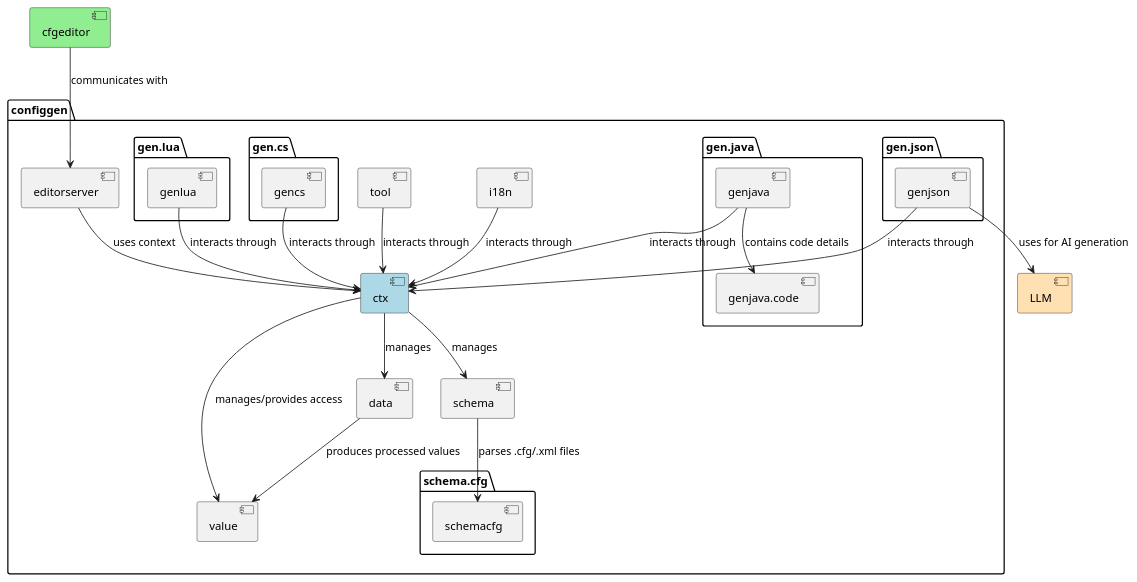
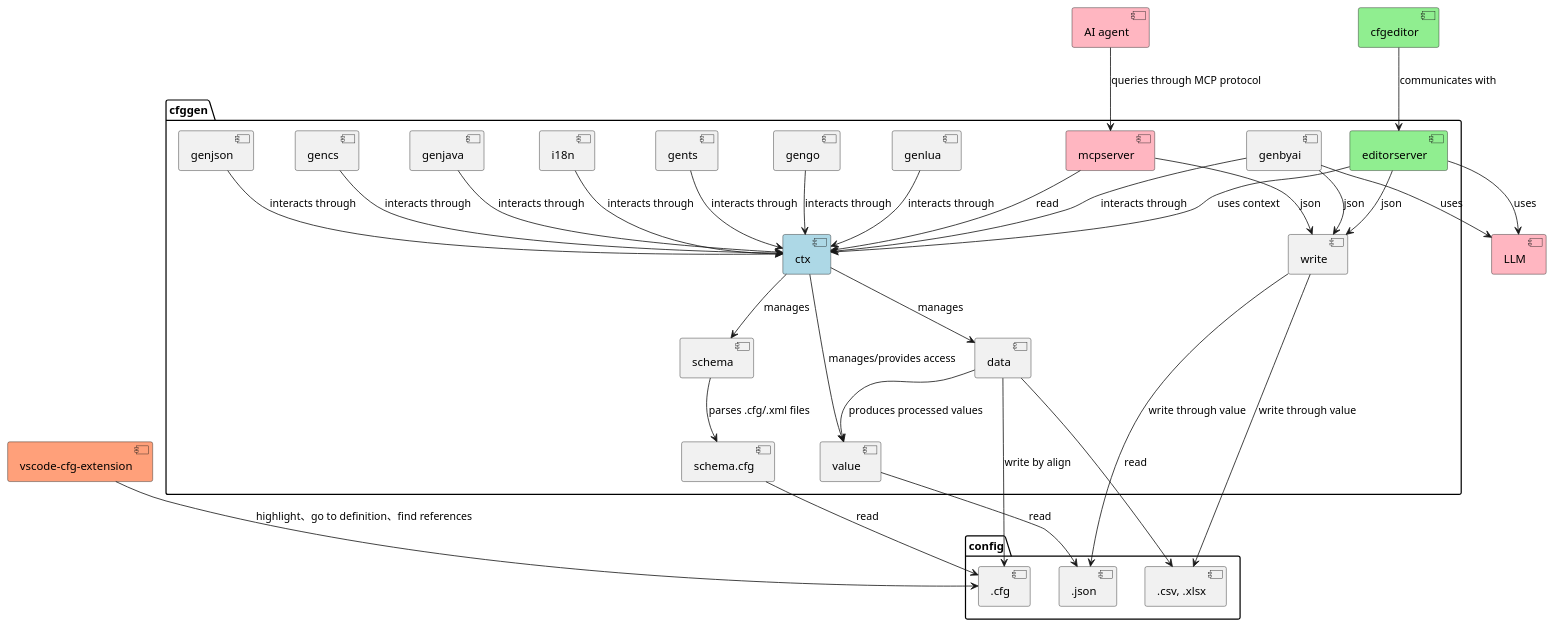
The diagram in docs/docs/cfggen/cfggenArch.plantuml (stallboy/cfggen), drawn with PlantUML before and after one commit. The commit also changed 34 other files, not shown here.

```diff
--- a/docs/docs/cfggen/cfggenArch.plantuml
+++ b/docs/docs/cfggen/cfggenArch.plantuml
@@ -1,69 +1,80 @@
-@startuml
+@startuml cfggen
 ' hide the spot
 hide circle
 
-package "configgen" {
+package "cfggen" {
   component "ctx" as ctx #lightblue
   component "data" as data
-  component "editorserver" as editorserver
   component "i18n" as i18n
   component "schema" as schema
-  component "tool" as tool
   component "value" as value
+  component "write" as write
+  component "genjava" as genjava
+  component "gencs" as gencs
+  component "genjson" as genjson
+  component "genlua" as genlua
+  component "gengo" as gengo
+  component "gents" as gents
+  component "schema.cfg" as schemacfg
+  component "genbyai" as genbyai
+  component "editorserver" as editorserver #lightgreen
+  component "mcpserver" as mcpserver #LightPink
+} 
 
-  package "gen.java" {
-    component "genjava" as genjava
-    component "genjava.code" as genjavacode
-    genjava --> genjavacode : contains code details
-  }
+' External Components//ffcc99
+component "cfgeditor" as cfgeditor #lightgreen
+component "LLM" as LLM #LightPink
+component "AI agent" as agent #LightPink
+component "vscode-cfg-extension" as cfgsupport #LightSalmon
 
-  package "gen.cs" {
-    component "gencs" as gencs
-  }
-
-  package "gen.json" {
-    component "genjson" as genjson
-  }
-
-  package "gen.lua" {
-    component "genlua" as genlua
-  }
-
-  package "schema.cfg" {
-    component "schemacfg" as schemacfg
-  }
+folder "config" {
+  [.cfg] as schemafile
+  [.csv, .xlsx] as datafile
+  [.json] as jsonfile
 }
-
-' External Components
-component "cfgeditor" as cfgeditor #lightgreen
-component "LLM" as LLM #ffe0b2 
-
 
 ' Representing dependencies
 
 ' Core components managed by ctx
 ctx --> schema : manages
 ctx --> data : manages
 ctx --> value : manages/provides access
 
 schema --> schemacfg : parses .cfg/.xml files
 data --> value : produces processed values
 
 ' Packages interacting through ctx
 genjava --> ctx : interacts through
 gencs --> ctx : interacts through
 genjson --> ctx : interacts through
 genlua --> ctx : interacts through
-tool --> ctx : interacts through
+gengo --> ctx : interacts through
+gents --> ctx : interacts through
 i18n --> ctx : interacts through
+genbyai --> ctx : interacts through
 
 ' Editor Server interactions
 editorserver --> ctx : uses context
-' The editorserver handles requests from the external editor and uses core components
+' MCP Server interactions
+mcpserver --> ctx : read
+mcpserver --> write : json
+write --> datafile : write through value
+write --> jsonfile : write through value
+
+data -> schemafile : write by align
+data --> datafile : read
+schemacfg --> schemafile : read
+value --> jsonfile : read
+
+cfgsupport --> schemafile : highlight、go to definition、find references
 
 ' Communication between external components and configgen
 cfgeditor --> editorserver : communicates with
-genjson --> LLM : uses for AI generation
+agent --> mcpserver : queries through MCP protocol
+genbyai --> LLM : uses
+genbyai --> write : json
+editorserver --> LLM: uses
+editorserver --> write: json
 
 
 @enduml
```
